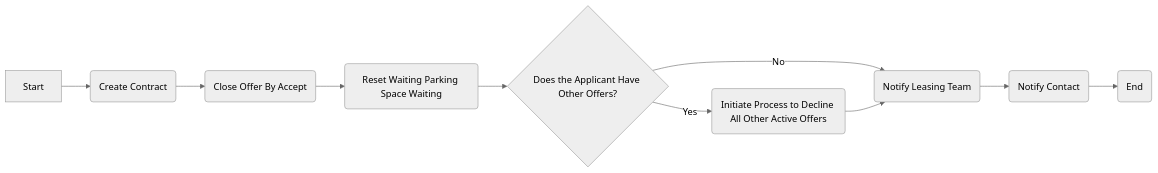
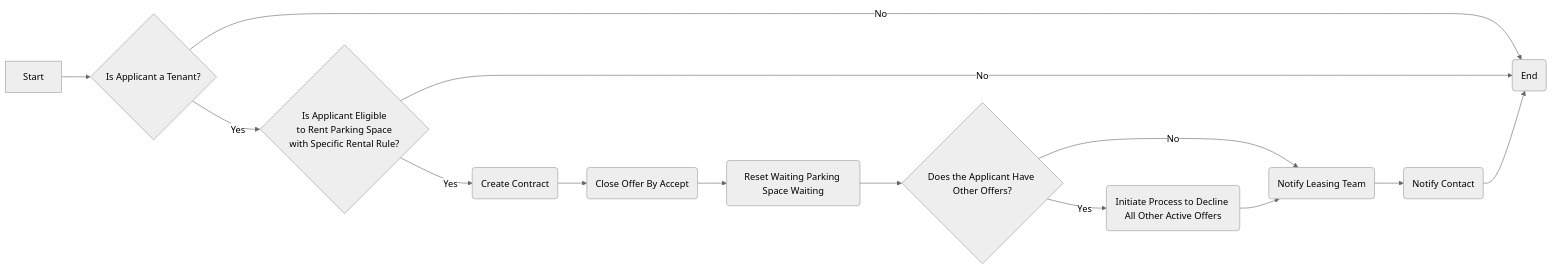
One commit to Bostads-AB-Mimer/onecore changed the first of 2 diagrams in core/src/processes/parkingspaces/internal/DOCS_Accept_Offer.md. Above: the diagram before and after it, drawn with Mermaid (neutral theme). The commit also changed other lines of this file and 7 other files, not shown here.

First line of the commit message:
Fix: UTH-336-Bug-Rent-Additional-In-Area-With-Specific-Rental-Rules

````diff
--- a/core/src/processes/parkingspaces/internal/DOCS_Accept_Offer.md
+++ b/core/src/processes/parkingspaces/internal/DOCS_Accept_Offer.md
@@ -5,14 +5,17 @@
 ```mermaid
 flowchart LR
-A[Start] --> E(Create Contract)
+A[Start] --> X{Is Applicant a Tenant?}
+X -- No --> O(End)
+X -- Yes --> B{Is Applicant Eligible <br/>to Rent Parking Space <br/>with Specific Rental Rule?}
+B -- No --> O
+B -- Yes --> E(Create Contract)
 E --> F(Close Offer By Accept)
 F --> H(Reset Waiting Parking Space Waiting)
 H --> G{Does the Applicant Have Other Offers?}
-
-G --> |Yes| I(Initiate Process to Decline All Other Active Offers)
-G --> |No| J(Notify Leasing Team)
+G -- Yes --> I(Initiate Process to Decline All Other Active Offers)
+G -- No --> J(Notify Leasing Team)
 I --> J
 J --> K(Notify Contact)
-K --> O(End)
+K --> O
 
 ```
````
